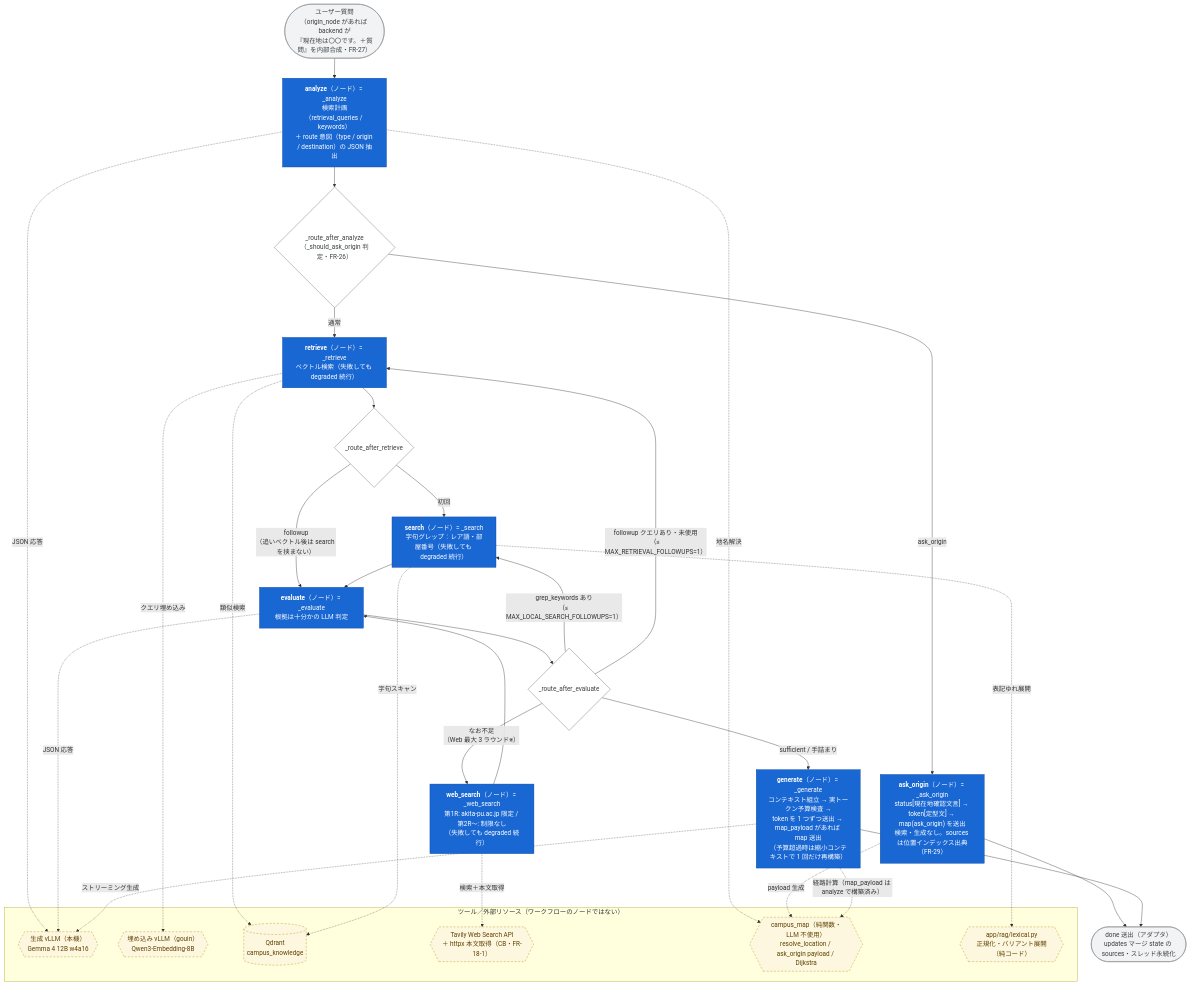
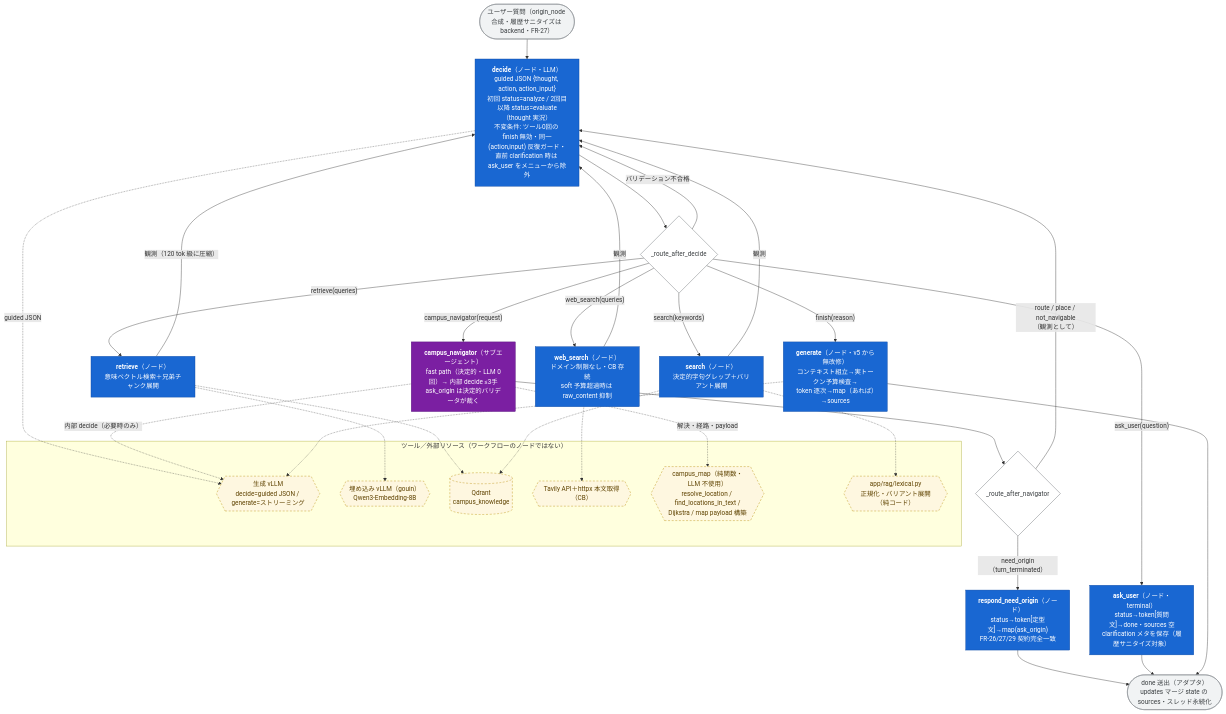
Before and after one commit to TakaJun02/sarutahiko: the second of 3 diagrams in docs/AGENT_ARCHITECTURE.md, drawn with Mermaid. The commit also changed other lines of this file and 2 other files, not shown here.

Commit message:
docs: FR-34 実装完了に伴う §10 更新 — AGENT_ARCHITECTURE v2.0（ReAct 全面改稿）・AGENT_HARNESS v6 章（decide/navigator プロンプト全文・定数・検収記録）・ARCHITECTURE v0.5（31B PP=2 検証済み・本番既定 12B 維持）

````diff
--- a/docs/AGENT_ARCHITECTURE.md
+++ b/docs/AGENT_ARCHITECTURE.md
@@ -67,51 +63,51 @@
 ```mermaid
 flowchart TD
-    Q(["ユーザー質問<br/>（origin_node があれば backend が<br/>『現在地は〇〇です。＋質問』を内部合成・FR-27）"]):::orch --> AN
+    Q(["ユーザー質問（origin_node 合成・履歴サニタイズは backend・FR-27）"]):::orch --> DE
 
-    AN["<b>analyze</b>（ノード）= _analyze<br/>検索計画（retrieval_queries / keywords）<br/>＋ route 意図（type / origin / destination）の JSON 抽出"]:::wfnode
+    DE["<b>decide</b>（ノード・LLM）<br/>guided JSON {thought, action, action_input}<br/>初回 status=analyze / 2回目以降 status=evaluate（thought 実況）<br/>不変条件: ツール0回の finish 無効・同一(action,input) 反復ガード・<br/>直前 clarification 時は ask_user をメニューから除外"]:::wfnode
 
-    AN --> RA{"_route_after_analyze<br/>（_should_ask_origin 判定・FR-26）"}:::router
-    RA -->|"ask_origin"| AO["<b>ask_origin</b>（ノード）= _ask_origin<br/>status[現在地確認文言] → token[定型文] → map(ask_origin) を送出<br/>検索・生成なし。sources は位置インデックス出典（FR-29）"]:::wfnode
+    DE --> RD{"_route_after_decide"}:::router
+    RD -->|"retrieve(queries)"| RT["<b>retrieve</b>（ノード）<br/>意味ベクトル検索＋兄弟チャンク展開"]:::wfnode
+    RD -->|"search(keywords)"| SE["<b>search</b>（ノード）<br/>決定的字句グレップ＋バリアント展開"]:::wfnode
+    RD -->|"web_search(queries)"| WS["<b>web_search</b>（ノード）<br/>ドメイン制限なし・CB 存続<br/>soft 予算超過時は raw_content 抑制"]:::wfnode
+    RD -->|"campus_navigator(request)"| NV["<b>campus_navigator</b>（サブエージェント）<br/>fast path（決定的・LLM 0回）→ 内部 decide ≤3手<br/>ask_origin は決定的バリデータが裁く"]:::subag
+    RD -->|"バリデーション不合格"| DE
+
+    RT -->|"観測（120 tok 級に圧縮）"| DE
+    SE -->|"観測"| DE
+    WS -->|"観測"| DE
+    NV --> RN{"_route_after_navigator"}:::router
+    RN -->|"route / place / not_navigable<br/>（観測として）"| DE
+    RN -->|"need_origin（turn_terminated）"| AO["<b>respond_need_origin</b>（ノード）<br/>status→token[定型文]→map(ask_origin)<br/>FR-26/27/29 契約完全一致"]:::wfnode
     AO --> DONE
 
-    RA -->|"通常"| RT["<b>retrieve</b>（ノード）= _retrieve<br/>ベクトル検索（失敗しても degraded 続行）"]:::wfnode
-    RT --> RR{"_route_after_retrieve"}:::router
-    RR -->|"初回"| SE["<b>search</b>（ノード）= _search<br/>字句グレップ：レア語・部屋番号（失敗しても degraded 続行）"]:::wfnode
-    RR -->|"followup<br/>（追いベクトル後は search を挟まない）"| EV
-    SE --> EV["<b>evaluate</b>（ノード）= _evaluate<br/>根拠は十分かの LLM 判定"]:::wfnode
-
-    EV --> RE{"_route_after_evaluate"}:::router
-    RE -->|"grep_keywords あり<br/>（≤ MAX_LOCAL_SEARCH_FOLLOWUPS=1）"| SE
-    RE -->|"followup クエリあり・未使用<br/>（≤ MAX_RETRIEVAL_FOLLOWUPS=1）"| RT
-    RE -->|"なお不足<br/>（Web 最大 3 ラウンド※）"| WS["<b>web_search</b>（ノード）= _web_search<br/>第1R: akita-pu.ac.jp 限定 / 第2R〜: 制限なし<br/>（失敗しても degraded 続行）"]:::wfnode
-    WS --> EV
-    RE -->|"sufficient / 手詰まり"| GE["<b>generate</b>（ノード）= _generate<br/>コンテキスト組立 → 実トークン予算検査 →<br/>token を 1 つずつ送出 → map_payload があれば map 送出<br/>（予算超過時は縮小コンテキストで 1 回だけ再構築）"]:::wfnode
-
+    RD -->|"ask_user(question)"| AU["<b>ask_user</b>（ノード・terminal）<br/>status→token[質問文]→done・sources 空<br/>clarification メタを保存（履歴サニタイズ対象）"]:::wfnode
+    AU --> DONE
+    RD -->|"finish(reason)"| GE["<b>generate</b>（ノード・v5 から無改修）<br/>コンテキスト組立→実トークン予算検査→<br/>token 逐次→map（あれば）→sources"]:::wfnode
     GE --> DONE(["done 送出（アダプタ）<br/>updates マージ state の sources・スレッド永続化"]):::orch
 
     subgraph TOOLS["ツール／外部リソース（ワークフローのノードではない）"]
-        VLLM{{"生成 vLLM（本機）<br/>Gemma 4 12B w4a16"}}:::tool
+        VLLM{{"生成 vLLM<br/>decide=guided JSON / generate=ストリーミング"}}:::tool
         EMB{{"埋め込み vLLM（gouin）<br/>Qwen3-Embedding-8B"}}:::tool
         QD[("Qdrant<br/>campus_knowledge")]:::tool
-        TAV{{"Tavily Web Search API<br/>＋ httpx 本文取得（CB・FR-18-1）"}}:::tool
-        CM{{"campus_map（純関数・LLM 不使用）<br/>resolve_location / ask_origin payload / Dijkstra"}}:::tool
+        TAV{{"Tavily API＋httpx 本文取得（CB）"}}:::tool
+        CM{{"campus_map（純関数・LLM 不使用）<br/>resolve_location / find_locations_in_text /<br/>Dijkstra / map payload 構築"}}:::tool
         LEX{{"app/rag/lexical.py<br/>正規化・バリアント展開（純コード）"}}:::tool
     end
 
-    AN -.->|"JSON 応答"| VLLM
-    AN -.->|"地名解決"| CM
-    AO -.->|"payload 生成"| CM
-    RT -.->|"クエリ埋め込み"| EMB
-    RT -.->|"類似検索"| QD
-    SE -.->|"字句スキャン"| QD
-    SE -.->|"表記ゆれ展開"| LEX
-    EV -.->|"JSON 応答"| VLLM
-    WS -.->|"検索＋本文取得"| TAV
-    GE -.->|"ストリーミング生成"| VLLM
-    GE -.->|"経路計算（map_payload は analyze で構築済み）"| CM
+    DE -.->|"guided JSON"| VLLM
+    RT -.-> EMB
+    RT -.-> QD
+    SE -.-> QD
+    SE -.-> LEX
+    WS -.-> TAV
+    NV -.->|"内部 decide（必要時のみ）"| VLLM
+    NV -.->|"解決・経路・payload"| CM
+    GE -.-> VLLM
 
     classDef wfnode fill:#1967d2,stroke:#0b47a1,color:#ffffff
+    classDef subag fill:#7b1fa2,stroke:#4a0072,color:#ffffff
     classDef tool fill:#fef7e0,stroke:#b58800,color:#5f4300,stroke-dasharray: 5 4
     classDef orch fill:#f1f3f4,stroke:#80868b,color:#3c4043
     classDef router fill:#ffffff,stroke:#5f6368,color:#3c4043
 ```
````
